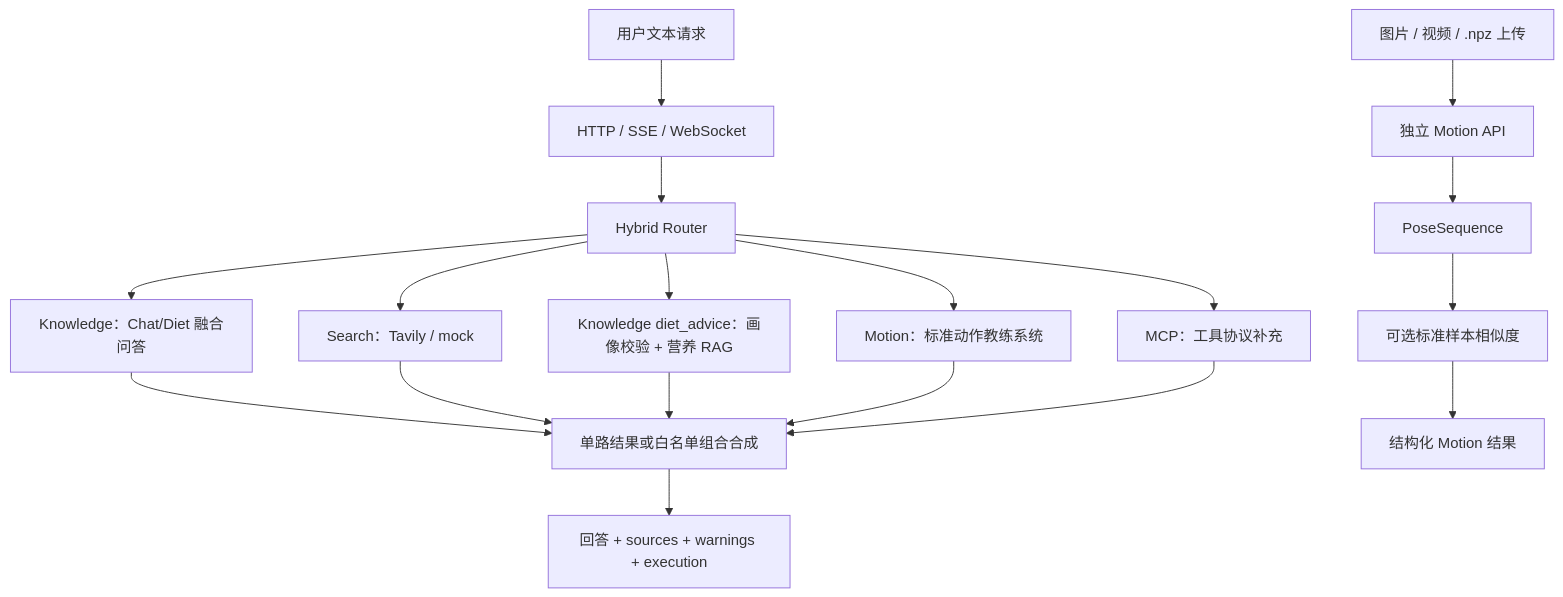
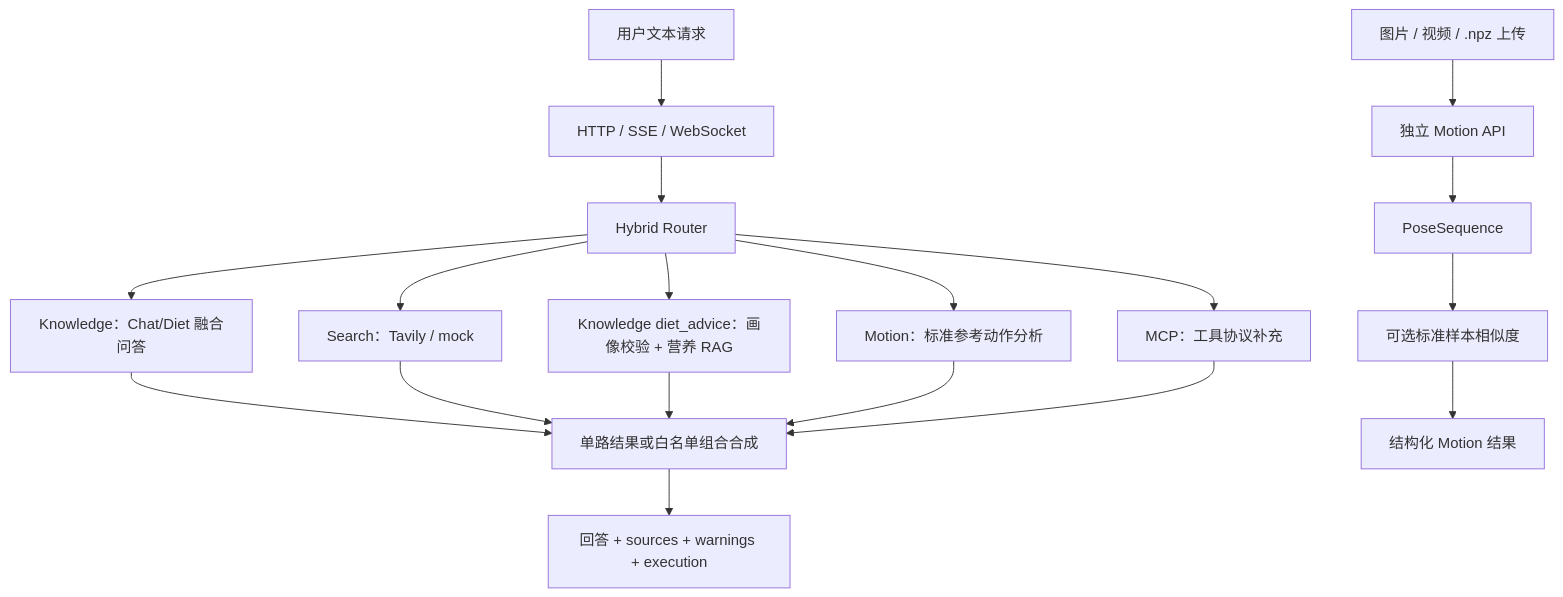
One commit to lxxxxx-oss/Personal_Fitness_Assistant_Agent changed the diagram in README.md. Above: the diagram before and after it, drawn with Mermaid. The commit also changed other lines of this file and 8 other files, not shown here.

Commit message:
docs: refresh interview evidence and demo flow

````diff
--- a/README.md
+++ b/README.md
@@ -20,21 +20,21 @@
 ```mermaid
 flowchart TD
     U["用户文本请求"] --> API["HTTP / SSE / WebSocket"]
     API --> R["Hybrid Router"]
     R --> C["Knowledge：Chat/Diet 融合问答"]
     R --> S["Search：Tavily / mock"]
     R --> D["Knowledge diet_advice：画像校验 + 营养 RAG"]
-    R --> M["Motion：标准动作教练系统"]
+    R --> M["Motion：标准参考动作分析"]
     R --> P["MCP：工具协议补充"]
     C --> SYN["单路结果或白名单组合合成"]
     S --> SYN
     D --> SYN
     M --> SYN
     P --> SYN
     SYN --> OUT["回答 + sources + warnings + execution"]
 
     MEDIA["图片 / 视频 / .npz 上传"] --> MA["独立 Motion API"]
     MA --> PS["PoseSequence"]
     PS --> SIM["可选标准样本相似度"]
     SIM --> MO["结构化 Motion 结果"]
 ```
````
